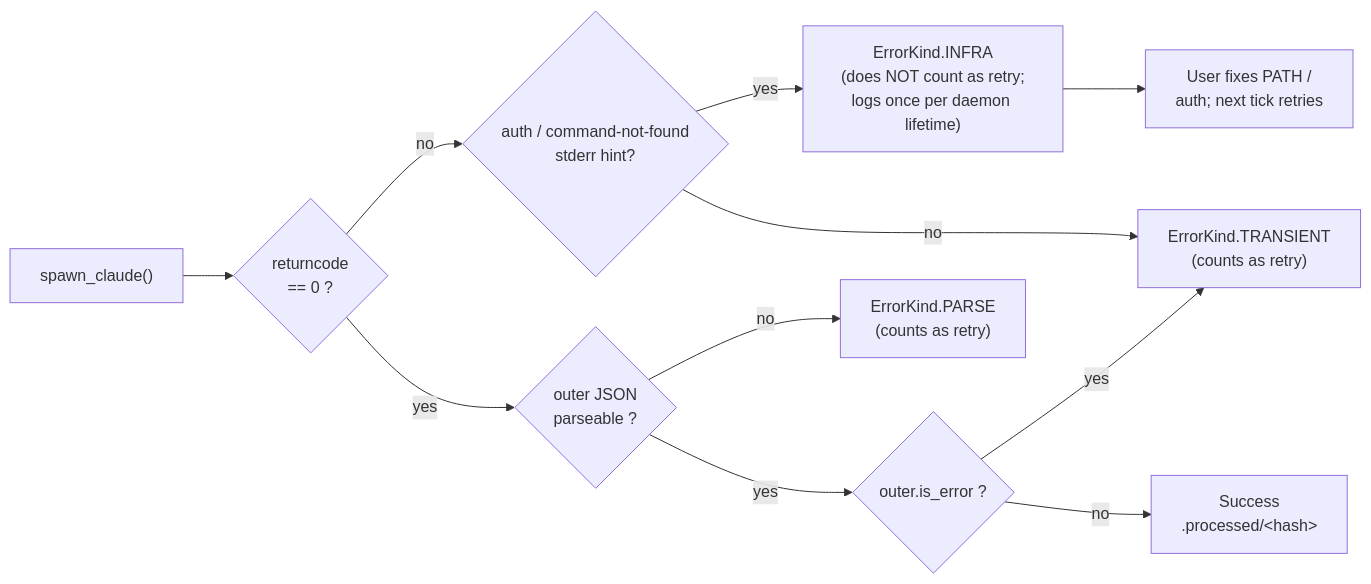
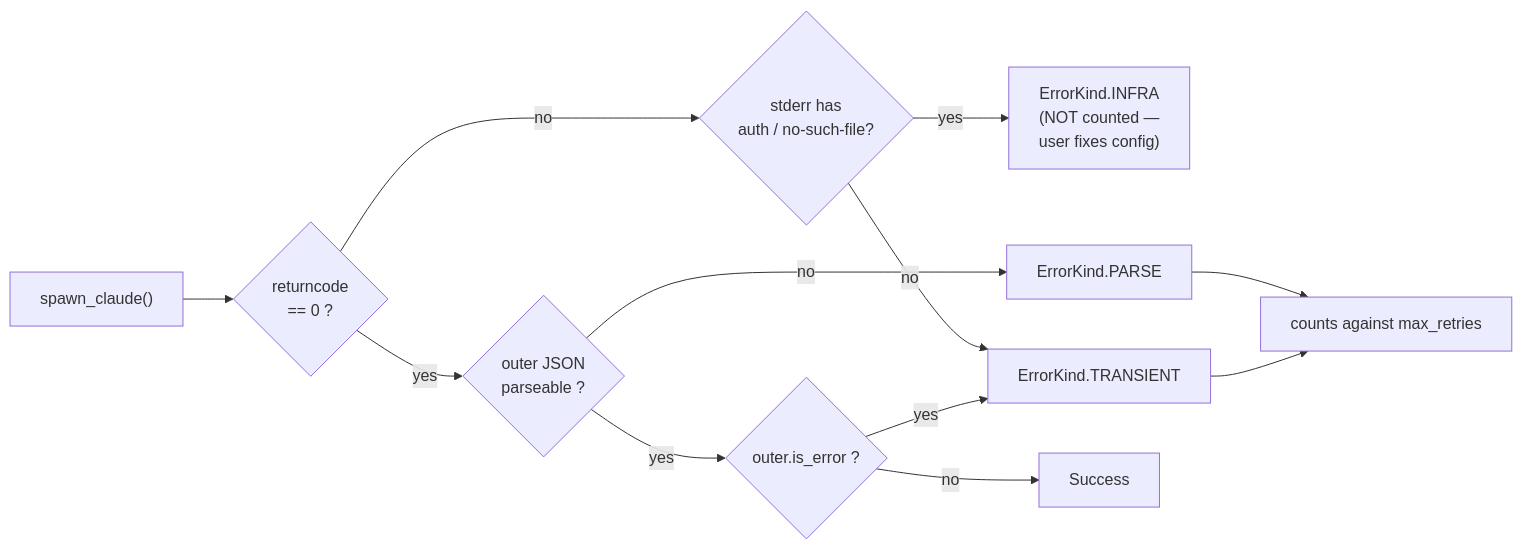
Before and after one commit to ehzawad/claudetalktoclaude: the third of 3 diagrams in README.md, drawn with Mermaid. The commit also changed other lines of this file and 3 other files, not shown here.

````diff
--- a/README.md
+++ b/README.md
@@ -293,13 +212,15 @@
 ```mermaid
 flowchart LR
     CALL["spawn_claude()"] --> RC{"returncode<br/>== 0 ?"}
-    RC -- no --> ERRSNIFF{"auth / command-not-found<br/>stderr hint?"}
-    ERRSNIFF -- yes --> INFRA
+    RC -- no --> ERRSNIFF{"stderr has<br/>auth / no-such-file?"}
+    ERRSNIFF -- yes --> INFRA["ErrorKind.INFRA<br/>(NOT counted —<br/>user fixes config)"]
     ERRSNIFF -- no --> TRANS
     RC -- yes --> PARSE{"outer JSON<br/>parseable ?"}
-    PARSE -- no --> PERR["ErrorKind.PARSE<br/>(counts as retry)"]
+    PARSE -- no --> PERR["ErrorKind.PARSE"]
     PARSE -- yes --> ISERR{"outer.is_error ?"}
-    ISERR -- yes --> TRANS["ErrorKind.TRANSIENT<br/>(counts as retry)"]
-    ISERR -- no --> OK["Success<br/>.processed/&lt;hash&gt;"]
-    INFRA["ErrorKind.INFRA<br/>(does NOT count as retry;<br/>logs once per daemon lifetime)"] --> FIX["User fixes PATH /<br/>auth; next tick retries"]
+    ISERR -- yes --> TRANS["ErrorKind.TRANSIENT"]
+    ISERR -- no --> OK["Success"]
+
+    PERR --> COUNT["counts against max_retries"]
+    TRANS --> COUNT
 ```
````
